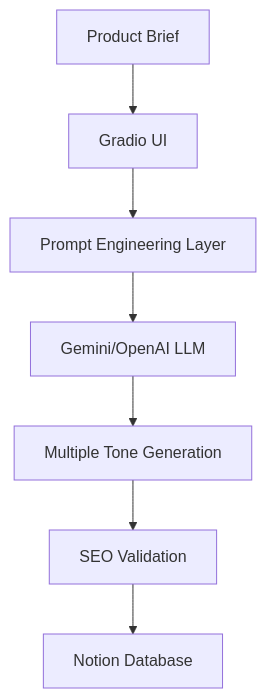
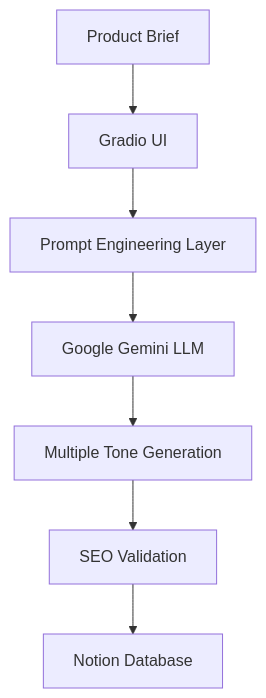
Before and after one commit to AshokMamidi477/GenAI-Projects: the first of 2 diagrams in README.md, drawn with Mermaid. The commit also changed other lines of this file, not shown here.

````diff
--- a/README.md
+++ b/README.md
@@ -92,15 +96,15 @@
 ```mermaid
 graph TD
 
 A[Product Brief] --> B[Gradio UI]
 
 B --> C[Prompt Engineering Layer]
 
-C --> D[Gemini/OpenAI LLM]
+C --> D[Google Gemini LLM]
 
 D --> E[Multiple Tone Generation]
 
 E --> F[SEO Validation]
 
 F --> G[Notion Database]
 ```
````
